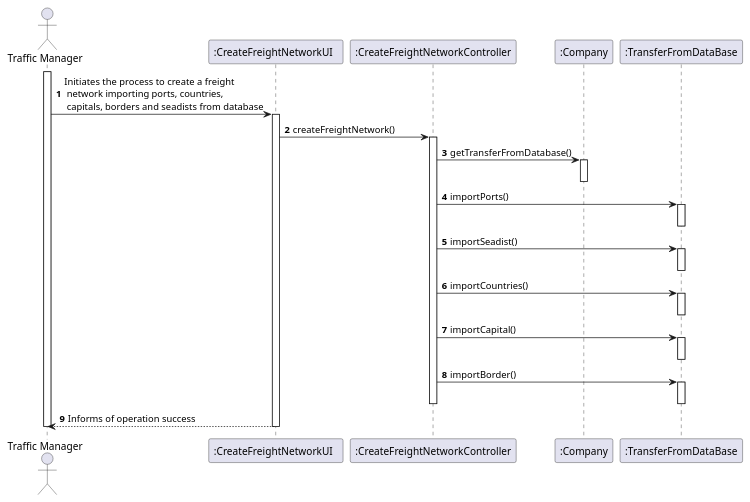
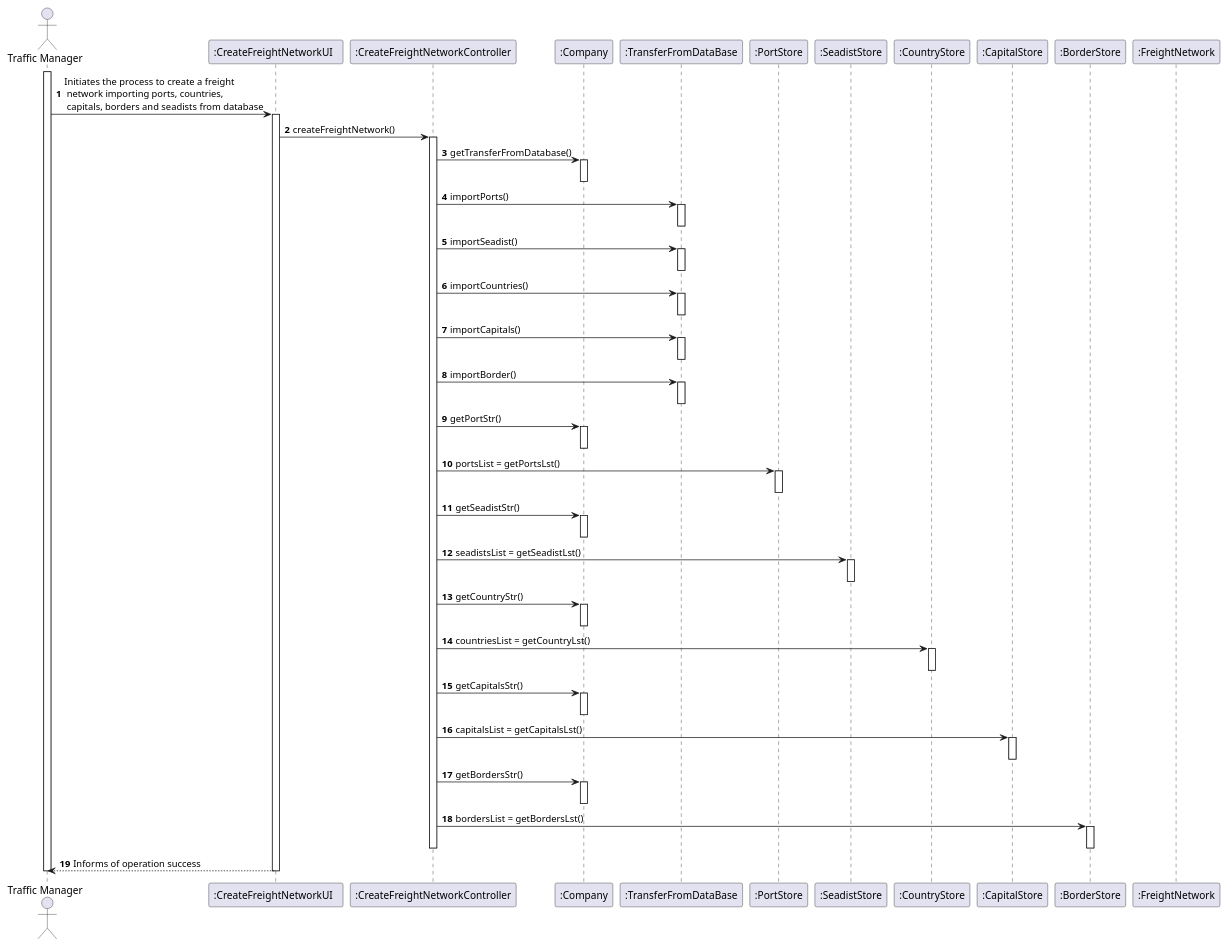
One commit to 0franciscor/lapr3-2021-g042 changed the diagram in docs/US301/US301_SD.puml. Above: the diagram before and after it, drawn with PlantUML. The commit also changed 3 other files, not shown here.

```diff
--- a/docs/US301/US301_SD.puml
+++ b/docs/US301/US301_SD.puml
@@ -1,42 +1,78 @@
 @startuml
 'https://plantuml.com/sequence-diagram
 
 autonumber
 actor "Traffic Manager" as TM
 participant ":CreateFreightNetworkUI  " as UI
 participant ":CreateFreightNetworkController" as CTRL
 participant ":Company" as CMP
 participant ":TransferFromDataBase" as transfer
+participant ":PortStore" as pStore
+participant ":SeadistStore" as sStore
+participant ":CountryStore" as cStore
+participant ":CapitalStore" as capitals
+participant ":BorderStore" as bStore
+participant ":FreightNetwork" as network
 
 
 activate TM
 TM -> UI: Initiates the process to create a freight \n network importing ports, countries,\n capitals, borders and seadists from database
 activate UI
 UI -> CTRL : createFreightNetwork()
 activate CTRL
 CTRL -> CMP : getTransferFromDatabase()
 activate CMP
 deactivate CMP
 CTRL -> transfer : importPorts()
 activate transfer
 deactivate transfer
 CTRL -> transfer : importSeadist()
 activate transfer
 deactivate transfer
 CTRL -> transfer : importCountries()
 activate transfer
 deactivate transfer
-CTRL -> transfer : importCapital()
+CTRL -> transfer : importCapitals()
 activate transfer
 deactivate transfer
 CTRL -> transfer : importBorder()
 activate transfer
 deactivate transfer
+CTRL -> CMP: getPortStr()
+activate CMP
+deactivate CMP
+CTRL-> pStore : portsList = getPortsLst()
+activate pStore
+deactivate pStore
+CTRL -> CMP: getSeadistStr()
+activate CMP
+deactivate CMP
+CTRL-> sStore : seadistsList = getSeadistLst()
+activate sStore
+deactivate sStore
+CTRL -> CMP: getCountryStr()
+activate CMP
+deactivate CMP
+CTRL-> cStore : countriesList = getCountryLst()
+activate cStore
+deactivate cStore
+CTRL -> CMP: getCapitalsStr()
+activate CMP
+deactivate CMP
+CTRL-> capitals : capitalsList = getCapitalsLst()
+activate capitals
+deactivate capitals
+CTRL -> CMP: getBordersStr()
+activate CMP
+deactivate CMP
+CTRL-> bStore : bordersList = getBordersLst()
+activate bStore
+deactivate bStore
 deactivate CTRL
 
 UI --> TM : Informs of operation success
 deactivate UI
 
 deactivate TM
 
 @enduml
```
